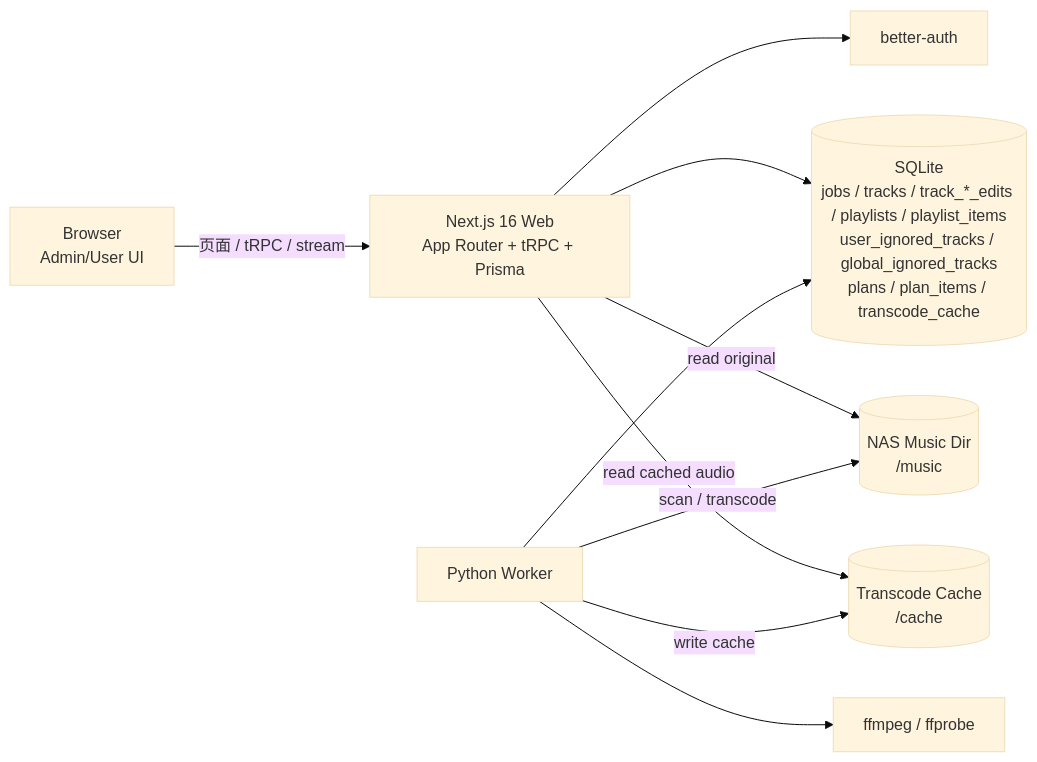
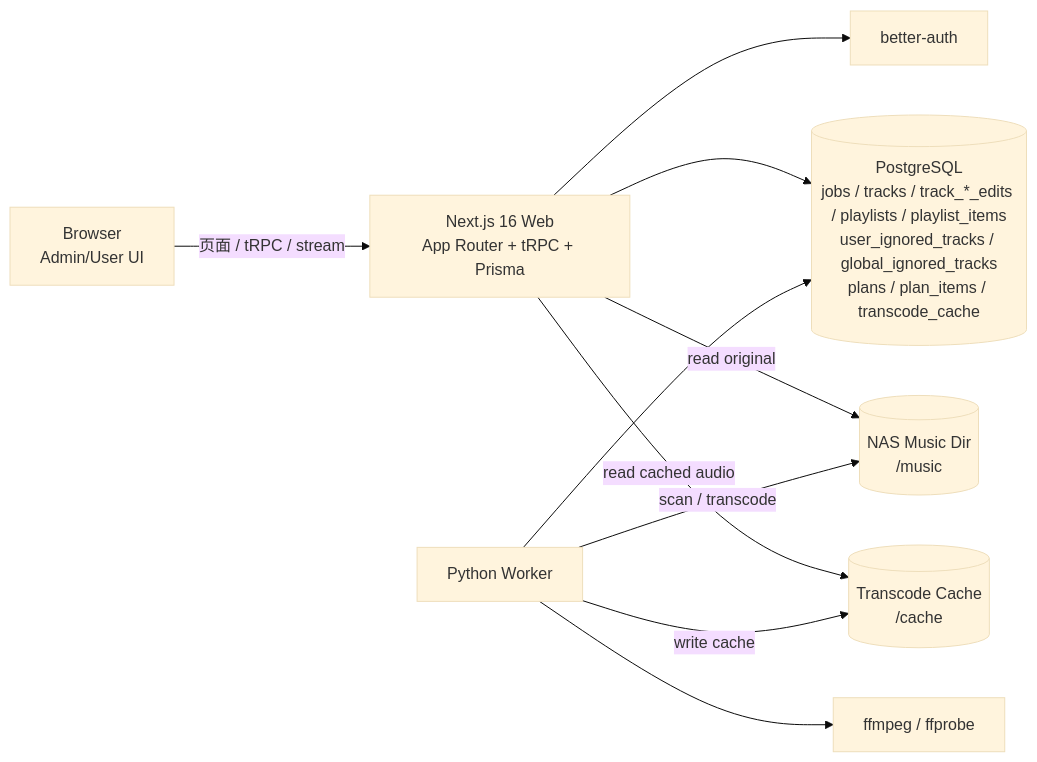
One commit to namehu/music-tagger changed the first of 8 diagrams in docs/architecture.md. Above: the diagram before and after it, drawn with Mermaid (base theme). The commit also changed other lines of this file and 67 other files, not shown here.

First line of the commit message:
feat: 将数据库从 SQLite 迁移至 PostgreSQL

````diff
--- a/docs/architecture.md
+++ b/docs/architecture.md
@@ -46,22 +46,22 @@
 ```mermaid
 flowchart LR
   Browser[Browser<br/>Admin/User UI]
   Web[Next.js 16 Web<br/>App Router + tRPC + Prisma]
   Auth[better-auth]
-  DB[(SQLite<br/>jobs / tracks / track_*_edits / playlists / playlist_items<br/>user_ignored_tracks / global_ignored_tracks<br/>plans / plan_items / transcode_cache)]
+  DB[(PostgreSQL<br/>jobs / tracks / track_*_edits / playlists / playlist_items<br/>user_ignored_tracks / global_ignored_tracks<br/>plans / plan_items / transcode_cache)]
   Worker[Python Worker]
   FF[ffmpeg / ffprobe]
   Music[(NAS Music Dir<br/>/music)]
   Cache[(Transcode Cache<br/>/cache)]
 
   Browser -->|页面 / tRPC / stream| Web
   Web --> Auth
   Web --> DB
   Web -->|read original| Music
   Web -->|read cached audio| Cache
 
   Worker --> DB
   Worker -->|scan / transcode| Music
   Worker --> FF
   Worker -->|write cache| Cache
 ```
````
